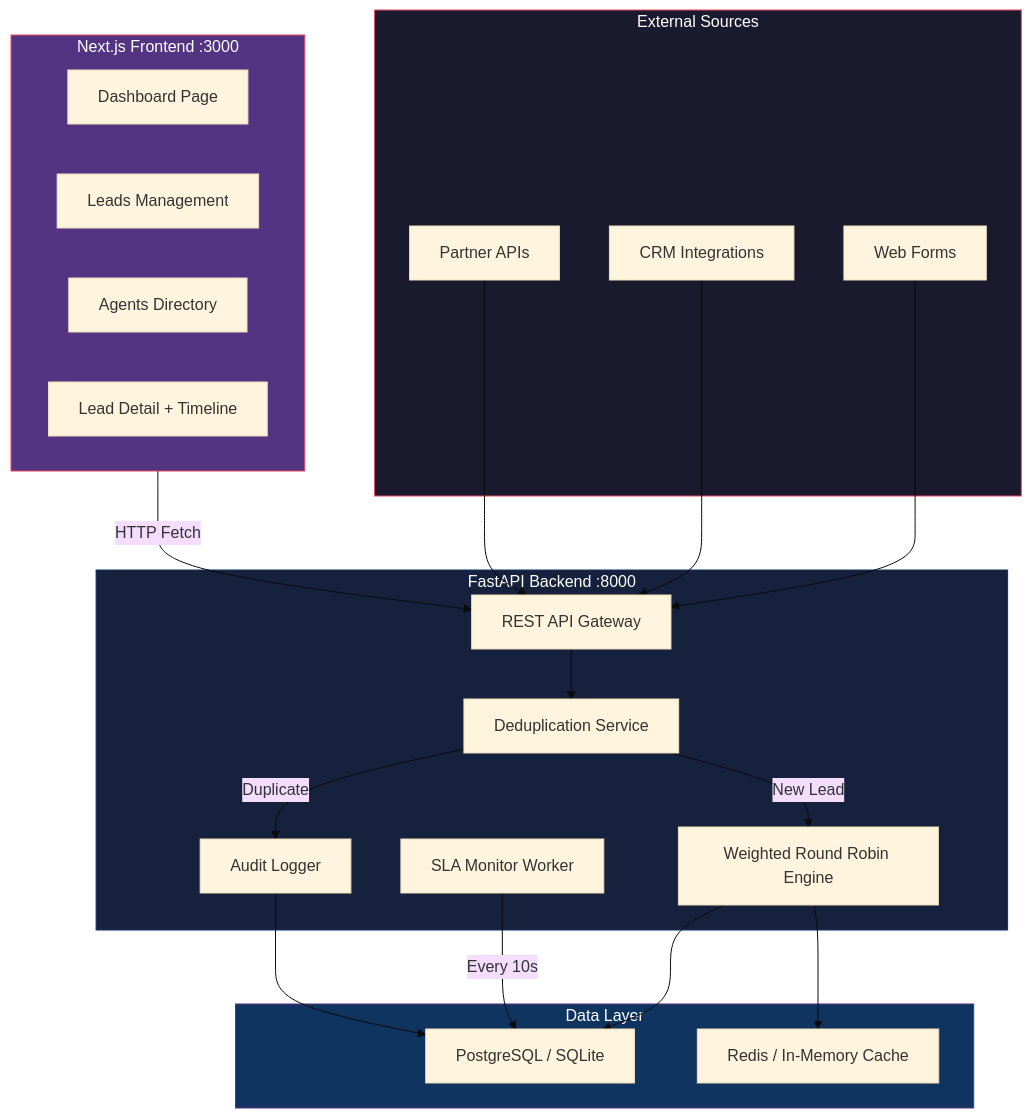
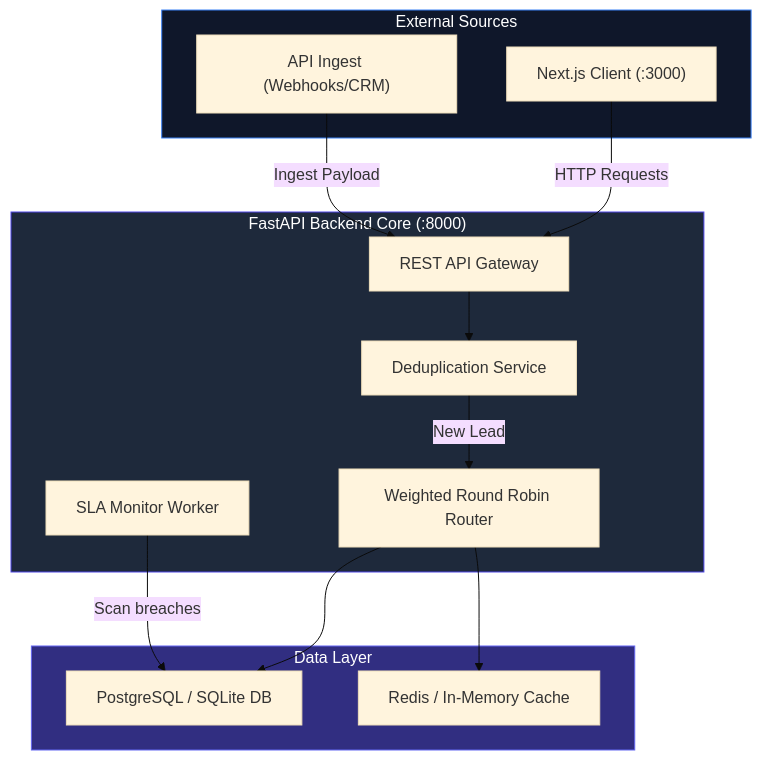
The first of 6 diagrams in README.md (vanrajsinh650/LeadFlow), drawn with Mermaid (base theme) before and after one commit. The commit also changed other lines of this file, not shown here.

Commit message:
Reformat and simplify all README.md mermaid diagrams for readability

````diff
--- a/README.md
+++ b/README.md
@@ -26,45 +26,31 @@
 ```mermaid
-graph TB
+graph TD
     subgraph External["External Sources"]
-        WEB["Web Forms"]
-        CRM["CRM Integrations"]
-        API_EXT["Partner APIs"]
+        FE["Next.js Client (:3000)"]
+        API_EXT["API Ingest (Webhooks/CRM)"]
     end
 
-    subgraph Backend["FastAPI Backend :8000"]
+    subgraph Backend["FastAPI Backend Core (:8000)"]
         GW["REST API Gateway"]
         DD["Deduplication Service"]
-        WRR["Weighted Round Robin Engine"]
+        WRR["Weighted Round Robin Router"]
         SLA["SLA Monitor Worker"]
-        AUDIT["Audit Logger"]
     end
 
     subgraph Storage["Data Layer"]
-        PG["PostgreSQL / SQLite"]
+        PG["PostgreSQL / SQLite DB"]
         RD["Redis / In-Memory Cache"]
     end
 
-    subgraph Frontend["Next.js Frontend :3000"]
-        DASH["Dashboard Page"]
-        LEADS["Leads Management"]
-        AGENTS["Agents Directory"]
-        DETAIL["Lead Detail + Timeline"]
-    end
-
-    WEB --> GW
-    CRM --> GW
-    API_EXT --> GW
+    FE -->|HTTP Requests| GW
+    API_EXT -->|Ingest Payload| GW
     GW --> DD
     DD -->|"New Lead"| WRR
-    DD -->|"Duplicate"| AUDIT
     WRR --> PG
     WRR --> RD
-    SLA -->|"Every 10s"| PG
-    AUDIT --> PG
-    Frontend -->|"HTTP Fetch"| GW
+    SLA -->|"Scan breaches"| PG
 
-    style External fill:#1a1a2e,stroke:#e94560,color:#fff
-    style Backend fill:#16213e,stroke:#0f3460,color:#fff
-    style Storage fill:#0f3460,stroke:#533483,color:#fff
-    style Frontend fill:#533483,stroke:#e94560,color:#fff
+    style External fill:#0f172a,stroke:#3b82f6,color:#fff
+    style Backend fill:#1e293b,stroke:#4f46e5,color:#fff
+    style Storage fill:#312e81,stroke:#6366f1,color:#fff
 ```
````
